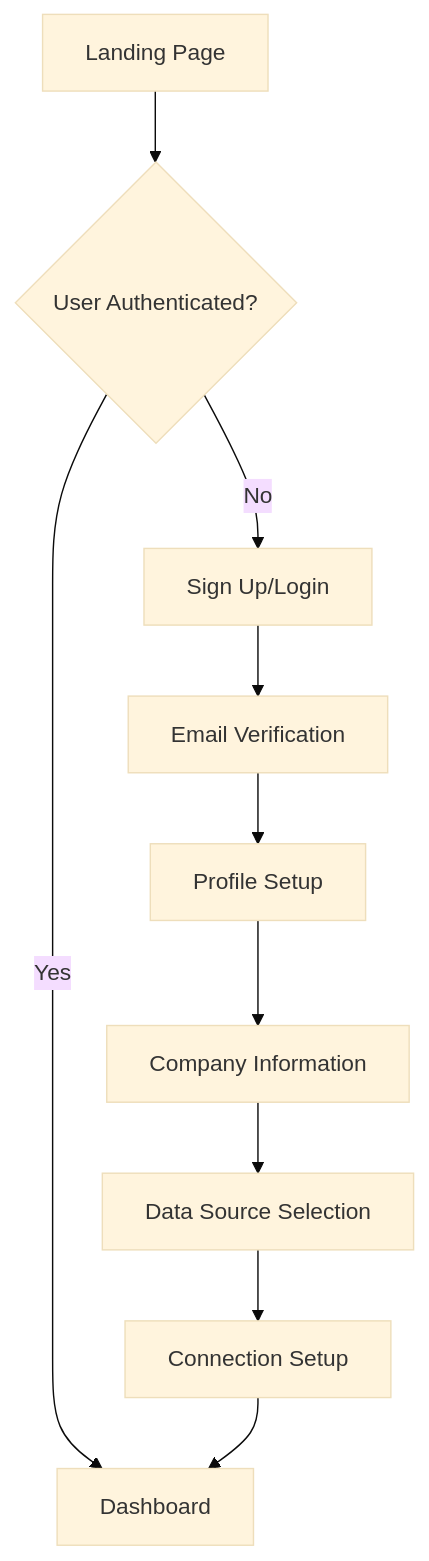
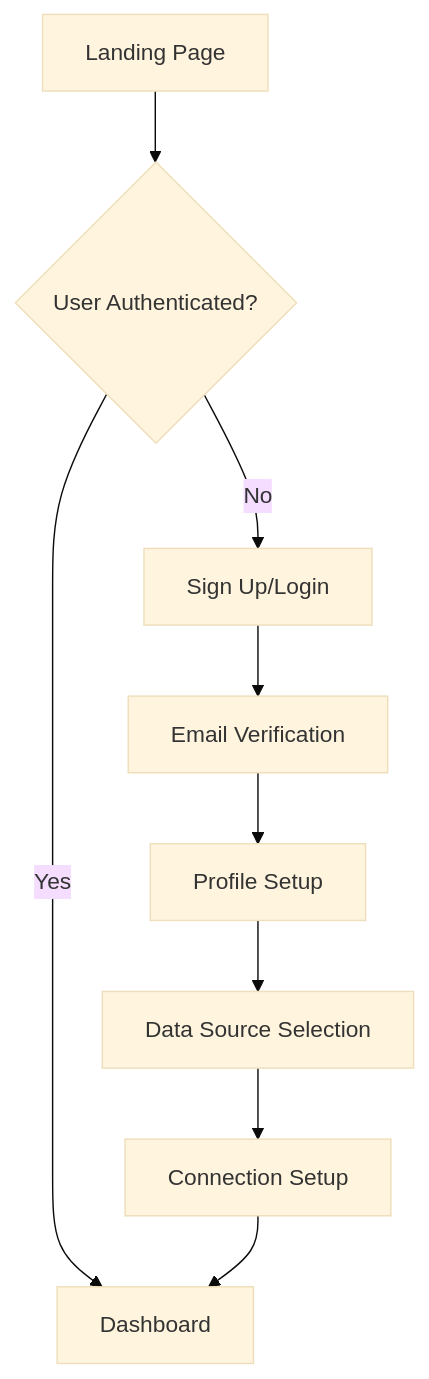
Before and after one commit to sakibrahmanchy/markopolo-ai-fullstack-challenge: the second of 5 diagrams in docs/user-flow.md, drawn with Mermaid (base theme). The commit also changed other lines of this file and 1 other file, not shown here.

````diff
--- a/docs/user-flow.md
+++ b/docs/user-flow.md
@@ -39,12 +39,11 @@
 ```mermaid
 flowchart TD
     A[Landing Page] --> B{User Authenticated?}
     B -->|No| C[Sign Up/Login]
     B -->|Yes| D[Dashboard]
     C --> E[Email Verification]
     E --> F[Profile Setup]
-    F --> G[Company Information]
-    G --> H[Data Source Selection]
-    H --> I[Connection Setup]
-    I --> D
+    F --> G[Data Source Selection]
+    G --> H[Connection Setup]
+    H --> D
 ```
````
